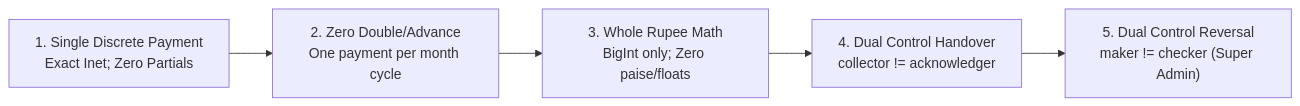
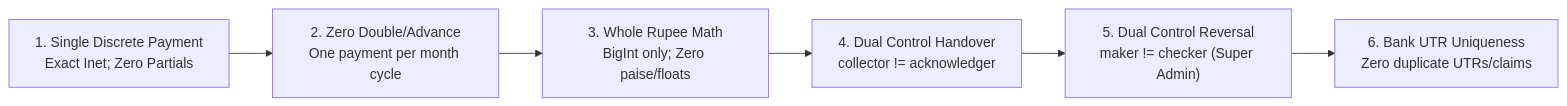
Before and after one commit to Kathir-24/Kumaran-finance: the first of 4 diagrams in docs/03-architecture/payment-architecture.md, drawn with Mermaid. The commit also changed other lines of this file and 18 other files, not shown here.

Commit message:
docs: synchronize all architecture, api, testing, and manual specs with native upi and utr uniqueness

````diff
--- a/docs/03-architecture/payment-architecture.md
+++ b/docs/03-architecture/payment-architecture.md
@@ -37,7 +38,8 @@
 ```mermaid
 flowchart LR
     I1["1. Single Discrete Payment\nExact Inet; Zero Partials"] --> I2["2. Zero Double/Advance\nOne payment per month cycle"]
     I2 --> I3["3. Whole Rupee Math\nBigInt only; Zero paise/floats"]
     I3 --> I4["4. Dual Control Handover\ncollector != acknowledger"]
     I4 --> I5["5. Dual Control Reversal\nmaker != checker (Super Admin)"]
+    I5 --> I6["6. Bank UTR Uniqueness\nZero duplicate UTRs/claims"]
 ```
````
